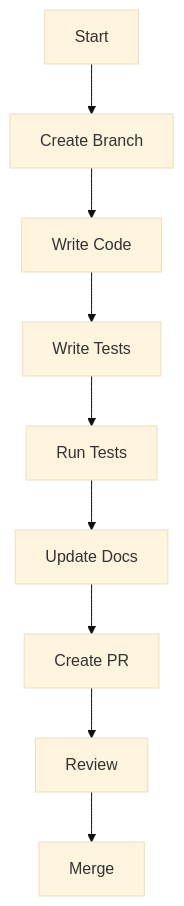
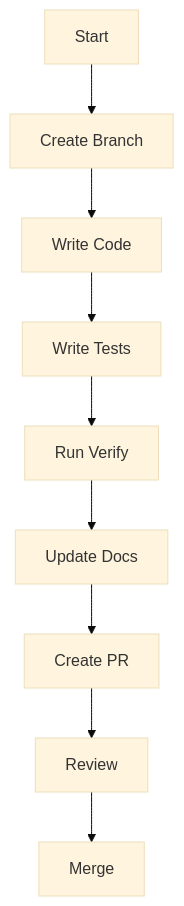
One commit to avilesxd/code-destroy-aliens changed the diagram in docs/guides/contributing/workflow.md. Above: the diagram before and after it, drawn with Mermaid (base theme). The commit also changed other lines of this file and 24 other files, not shown here.

````diff
--- a/docs/guides/contributing/workflow.md
+++ b/docs/guides/contributing/workflow.md
@@ -72,11 +67,11 @@
 ```mermaid
 graph TD
     A[Start] --> B[Create Branch]
     B --> C[Write Code]
     C --> D[Write Tests]
-    D --> E[Run Tests]
+    D --> E[Run Verify]
     E --> F[Update Docs]
     F --> G[Create PR]
     G --> H[Review]
     H --> I[Merge]
 ```
````
